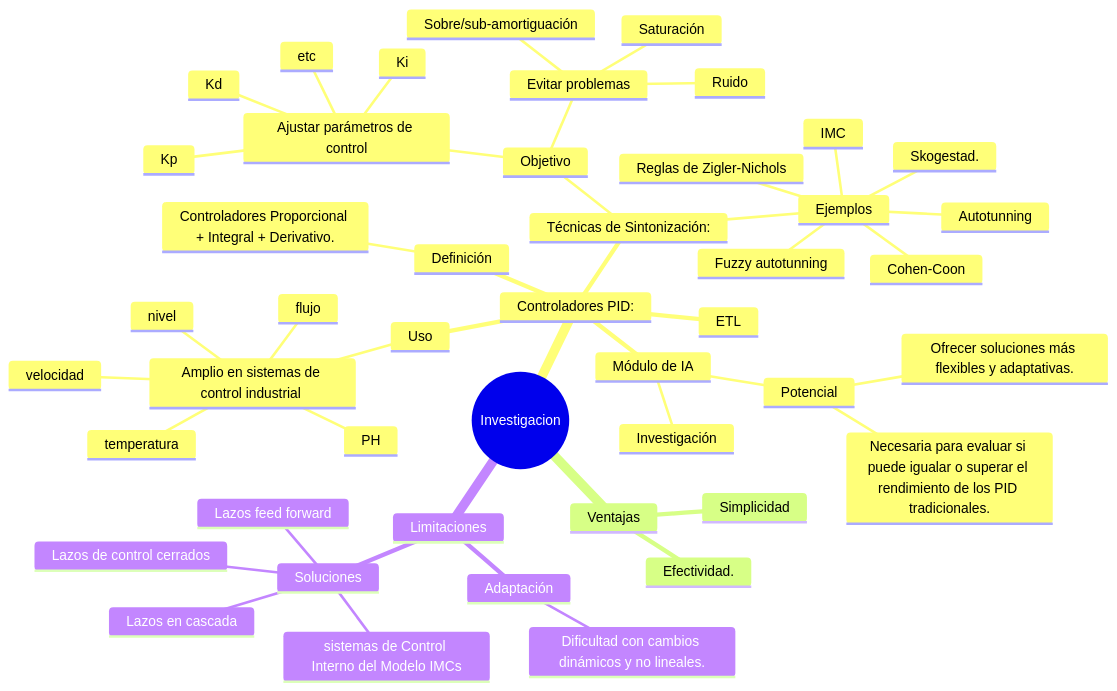
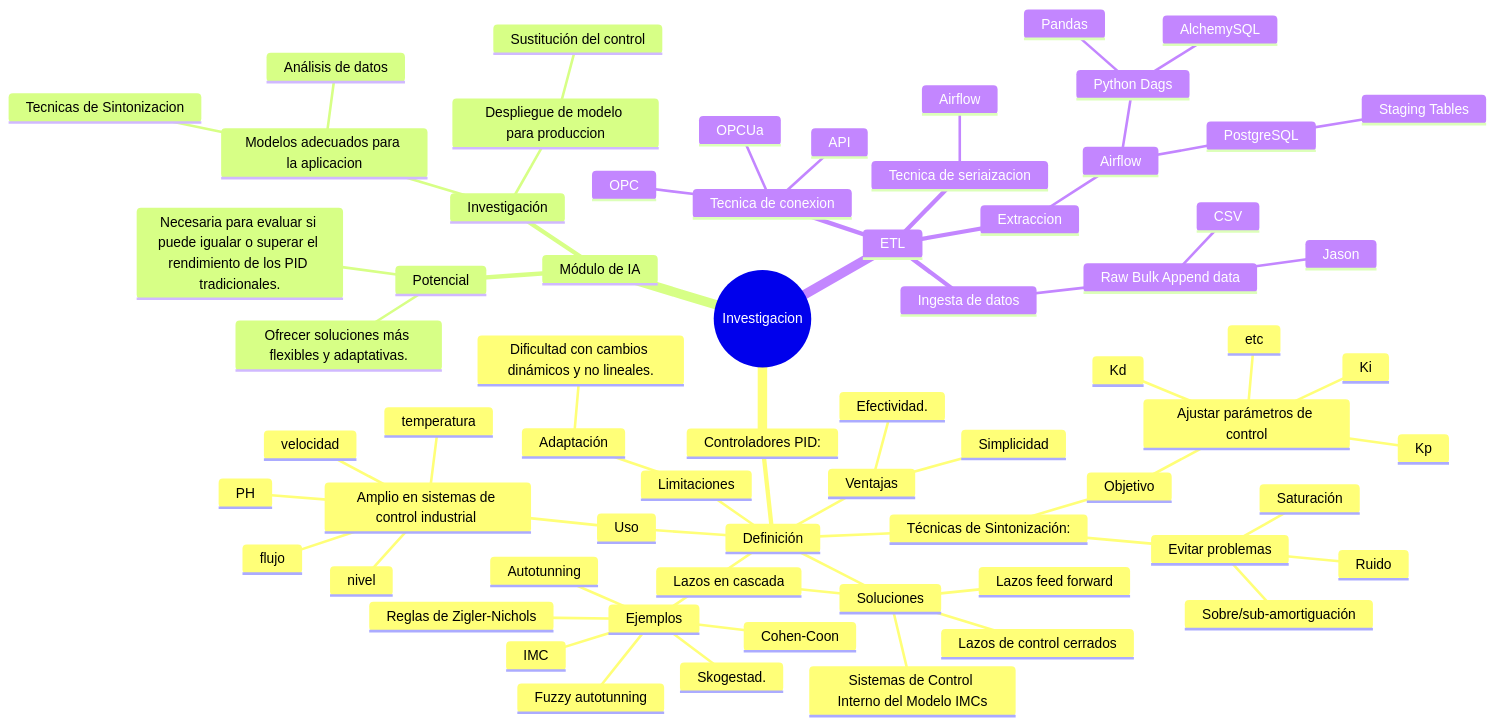
The diagram in diagrams/mindmap.mmd (ygalves/VS_tesis), drawn with Mermaid before and after one commit. The commit also changed 1 other file, not shown here.

Commit message:
update diagram

```diff
--- a/diagrams/mindmap.mmd
+++ b/diagrams/mindmap.mmd
@@ -1,48 +1,71 @@
 mindmap
   root((Investigacion))
     Controladores PID:​
+    ::icon(fa fa-industry)
       Definición
-      ::icon(fa fa-book)
-        Controladores Proporcional + Integral + Derivativo.​
-      Uso
-        Amplio en sistemas de control industrial 
-            temperatura
-            nivel
-            flujo
-            velocidad
-            PH
-      Técnicas de Sintonización:
-        Objetivo
-            Ajustar parámetros de control
-                Kp
-                Ki
-                Kd
-                etc
+        Uso
+            Amplio en sistemas de control industrial 
+                temperatura
+                nivel
+                flujo
+                velocidad
+                PH
+        Técnicas de Sintonización:
+            Objetivo
+                Ajustar parámetros de control
+                    Kp
+                    Ki
+                    Kd
+                    etc
             Evitar problemas
                 Saturación
                 Ruido
                 Sobre/sub-amortiguación
         Ejemplos
             Reglas de Zigler-Nichols
             Autotunning
             Fuzzy autotunning
             Cohen-Coon
             IMC
             Skogestad.
-      ETL
-      Módulo de IA
+        Ventajas
+            Simplicidad
+            Efectividad.
+        Limitaciones
+            Adaptación
+                Dificultad con cambios dinámicos y no lineales.
+        Soluciones
+            Lazos de control cerrados
+            Lazos en cascada
+            Lazos feed forward
+            Sistemas de Control Interno del Modelo IMCs
+    Módulo de IA
+        ::icon(fa fa-cogs)
         Potencial
             Ofrecer soluciones más flexibles y adaptativas.​
             Necesaria para evaluar si puede igualar o superar el rendimiento de los PID tradicionales.​
         Investigación
-    Ventajas
-      Simplicidad
-      Efectividad.
-    Limitaciones
-      Adaptación
-         Dificultad con cambios dinámicos y no lineales.
-      Soluciones
-         Lazos de control cerrados
-         Lazos en cascada
-         Lazos feed forward
-         sistemas de Control Interno del Modelo IMCs
+            Modelos adecuados para la aplicacion
+                Tecnicas de Sintonizacion
+                Análisis de datos
+            Despliegue de modelo para produccion
+                Sustitución del control
+    ETL
+    ::icon(fa fa-wrench)
+        Tecnica de conexion
+            API
+            OPC
+            OPCUa
+        Tecnica de seriaizacion
+            Airflow
+        Ingesta de datos
+            Raw Bulk Append data
+                Jason
+                CSV
+        Extraccion
+            Airflow
+                Python Dags
+                    Pandas 
+                    AlchemySQL
+                PostgreSQL
+                    Staging Tables
```
